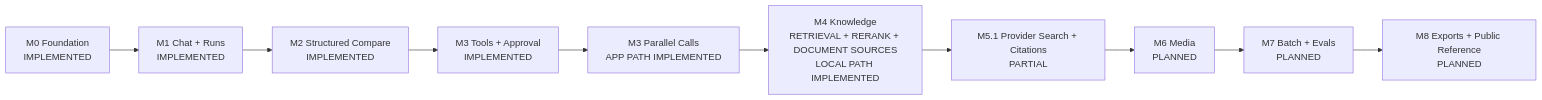
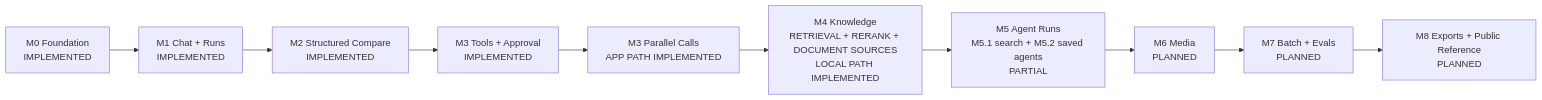
Before and after one commit to yorzi/rubyllm-workbench: diagram 11 of 11 in docs/ARCHITECTURE.md, drawn with Mermaid. The commit also changed other lines of this file and 41 other files, not shown here.

Commit message:
feat: add durable saved agent runs

````diff
--- a/docs/ARCHITECTURE.md
+++ b/docs/ARCHITECTURE.md
@@ -521,12 +606,12 @@
 ```mermaid
 flowchart LR
     M0["M0 Foundation\nIMPLEMENTED"] --> M1["M1 Chat + Runs\nIMPLEMENTED"]
     M1 --> M2["M2 Structured Compare\nIMPLEMENTED"]
     M2 --> M3["M3 Tools + Approval\nIMPLEMENTED"]
     M3 --> M3P["M3 Parallel Calls\nAPP PATH IMPLEMENTED"]
     M3P --> M4["M4 Knowledge\nRETRIEVAL + RERANK + DOCUMENT SOURCES\nLOCAL PATH IMPLEMENTED"]
-    M4 --> M5["M5.1 Provider Search + Citations\nPARTIAL"]
+    M4 --> M5["M5 Agent Runs\nM5.1 search + M5.2 saved agents\nPARTIAL"]
     M5 --> M6["M6 Media\nPLANNED"]
     M6 --> M7["M7 Batch + Evals\nPLANNED"]
     M7 --> M8["M8 Exports + Public Reference\nPLANNED"]
 ```
````
